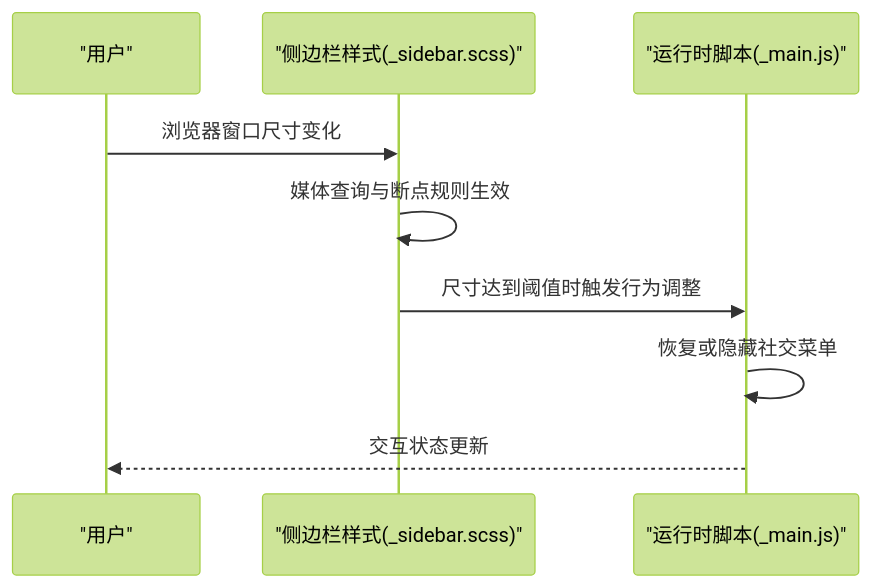
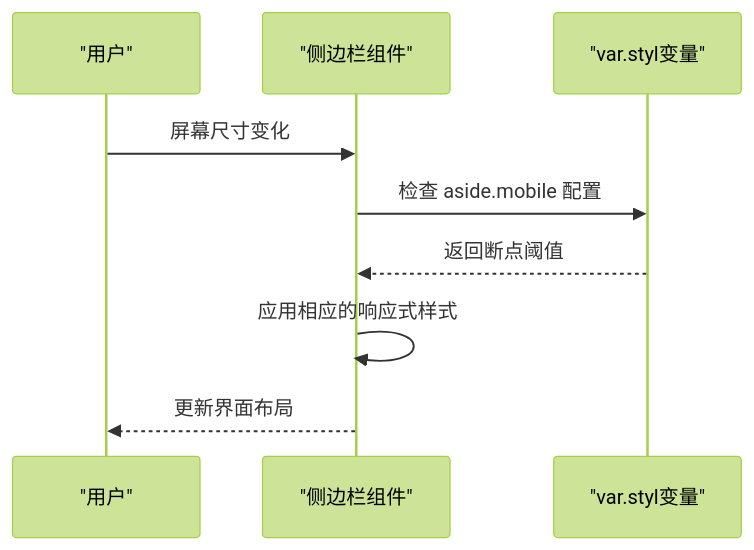
Before and after one commit to CoolPig0720/CoolPig0720.github.io: the fourth of 5 diagrams in .qoder/repowiki/zh/content/主题和样式系统/响应式设计实现.md, drawn with Mermaid (forest theme). The commit also changed other lines of this file and 36 other files, not shown here.

````diff
--- a/.qoder/repowiki/zh/content/主题和样式系统/响应式设计实现.md
+++ b/.qoder/repowiki/zh/content/主题和样式系统/响应式设计实现.md
@@ -178,11 +141,11 @@
 ```mermaid
 sequenceDiagram
 participant U as "用户"
-participant S as "侧边栏样式(_sidebar.scss)"
-participant JS as "运行时脚本(_main.js)"
-U->>S : 浏览器窗口尺寸变化
-S->>S : 媒体查询与断点规则生效
-S->>JS : 尺寸达到阈值时触发行为调整
-JS->>JS : 恢复或隐藏社交菜单
-JS-->>U : 交互状态更新
+participant C as "侧边栏组件"
+participant V as "var.styl变量"
+U->>C : 屏幕尺寸变化
+C->>V : 检查 aside.mobile 配置
+V-->>C : 返回断点阈值
+C->>C : 应用相应的响应式样式
+C-->>U : 更新界面布局
 ```
````
